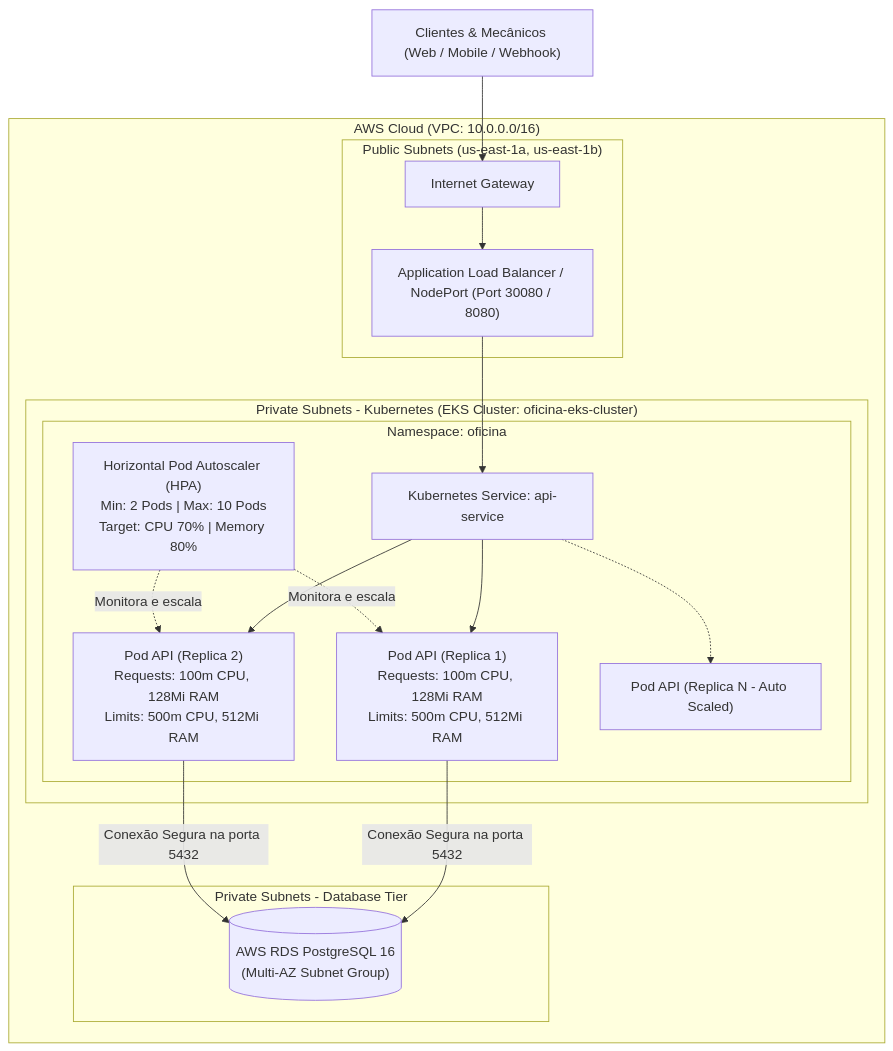
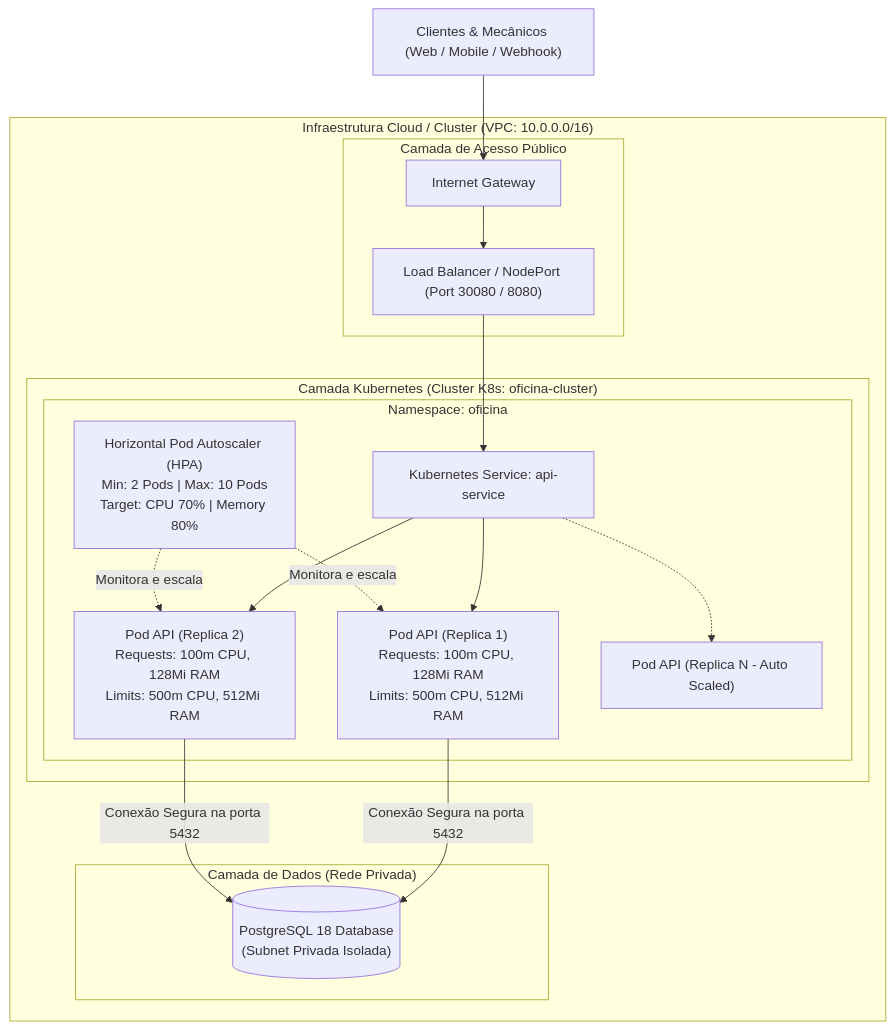
The second of 3 diagrams in README.md (dvdalves/FIAP.Tech.Challenge), drawn with Mermaid before and after one commit. The commit also changed other lines of this file and 2 other files, not shown here.

Commit message:
fix: github actions

````diff
--- a/README.md
+++ b/README.md
@@ -174,34 +174,34 @@
 ```mermaid
 graph TB
-    subgraph "AWS Cloud (VPC: 10.0.0.0/16)"
-        subgraph "Public Subnets (us-east-1a, us-east-1b)"
+    subgraph "Infraestrutura Cloud / Cluster (VPC: 10.0.0.0/16)"
+        subgraph "Camada de Acesso Público"
             IGW["Internet Gateway"]
-            ALB["Application Load Balancer / NodePort (Port 30080 / 8080)"]
+            ALB["Load Balancer / NodePort (Port 30080 / 8080)"]
         end
 
-        subgraph "Private Subnets - Kubernetes (EKS Cluster: oficina-eks-cluster)"
+        subgraph "Camada Kubernetes (Cluster K8s: oficina-cluster)"
             subgraph "Namespace: oficina"
                 SVC["Kubernetes Service: api-service"]
                 HPA["Horizontal Pod Autoscaler (HPA)\nMin: 2 Pods | Max: 10 Pods\nTarget: CPU 70% | Memory 80%"]
                 POD1["Pod API (Replica 1)\nRequests: 100m CPU, 128Mi RAM\nLimits: 500m CPU, 512Mi RAM"]
                 POD2["Pod API (Replica 2)\nRequests: 100m CPU, 128Mi RAM\nLimits: 500m CPU, 512Mi RAM"]
                 PODN["Pod API (Replica N - Auto Scaled)"]
             end
         end
 
-        subgraph "Private Subnets - Database Tier"
-            RDS[("AWS RDS PostgreSQL 16\n(Multi-AZ Subnet Group)")]
+        subgraph "Camada de Dados (Rede Privada)"
+            RDS[("PostgreSQL 18 Database\n(Subnet Privada Isolada)")]
         end
     end
 
     CLIENTS["Clientes & Mecânicos (Web / Mobile / Webhook)"] --> IGW
     IGW --> ALB
     ALB --> SVC
     SVC --> POD1
     SVC --> POD2
     SVC -.-> PODN
     HPA -.->|Monitora e escala| POD1
     HPA -.->|Monitora e escala| POD2
     POD1 -->|Conexão Segura na porta 5432| RDS
     POD2 -->|Conexão Segura na porta 5432| RDS
 ```
````
